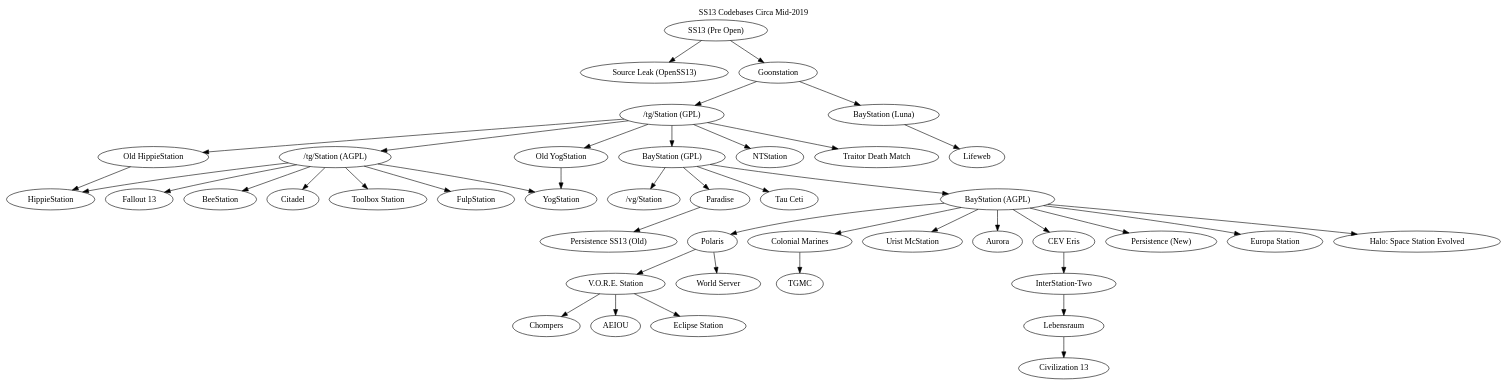
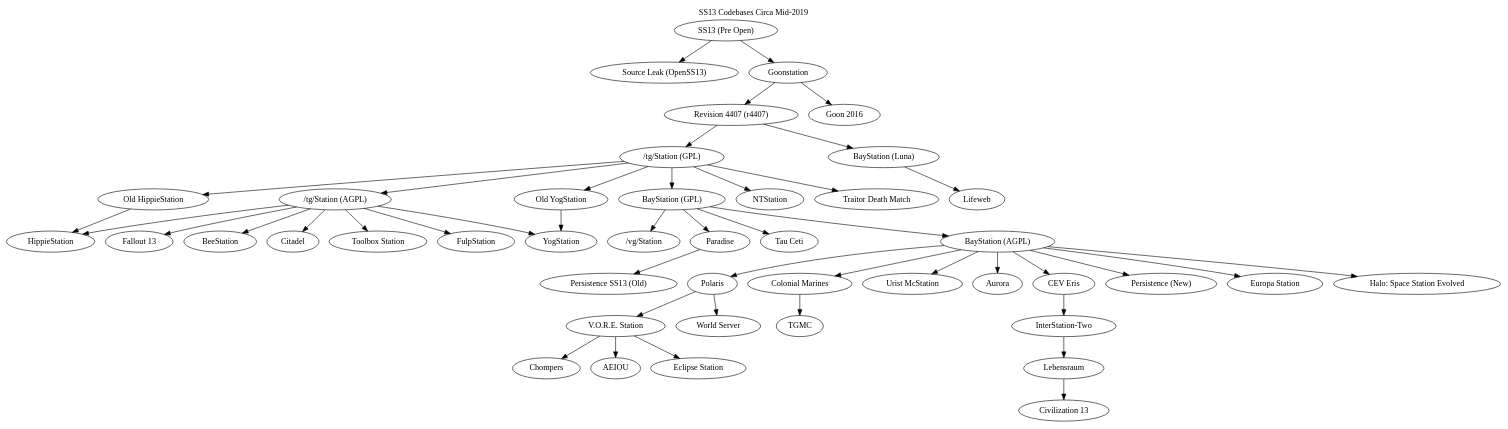
One commit to spacestation13/SS13-Codebases changed the diagram in tree.dot. Above: the diagram before and after it, drawn with Graphviz. The commit also changed 1 other file, not shown here.

Commit message:
r4407 and goon 2016

```diff
--- a/tree.dot
+++ b/tree.dot
@@ -1,46 +1,48 @@
 digraph  G {
 	label = "SS13 Codebases Circa Mid-2019"
 	labelloc="t"
 	"SS13 (Pre Open)" -> "Source Leak (OpenSS13)"
 	"SS13 (Pre Open)" -> "Goonstation"
-	"Goonstation" -> "/tg/Station (GPL)"
-	"Goonstation" -> "BayStation (Luna)"
+	"Goonstation" -> "Revision 4407 (r4407)"
+	"Goonstation" -> "Goon 2016"
+	"Revision 4407 (r4407)" -> "/tg/Station (GPL)"
+	"Revision 4407 (r4407)" -> "BayStation (Luna)"
 	"BayStation (Luna)" -> "Lifeweb" 
 	"/tg/Station (GPL)" -> "/tg/Station (AGPL)"
 	"/tg/Station (GPL)" -> "BayStation (GPL)" 
 	"/tg/Station (GPL)" -> "Old HippieStation"
 	"/tg/Station (GPL)" -> "Old YogStation"
 	"/tg/Station (GPL)" -> "NTStation"
 	"/tg/Station (GPL)" -> "Traitor Death Match"
 	"Old YogStation" -> "YogStation"
 	"Old HippieStation" -> "HippieStation"
 	"/tg/Station (AGPL)" -> "YogStation"
 	"/tg/Station (AGPL)" -> "Fallout 13"
 	"/tg/Station (AGPL)" -> "BeeStation"
 	"/tg/Station (AGPL)" -> "HippieStation"
 	"/tg/Station (AGPL)" -> "Citadel"
 	"/tg/Station (AGPL)" -> "Toolbox Station"
 	"/tg/Station (AGPL)" -> "FulpStation"
 	"BayStation (GPL)" -> "/vg/Station"
 	"BayStation (GPL)" -> "Paradise"
 	"BayStation (GPL)" -> "Tau Ceti"
 	"BayStation (GPL)" -> "BayStation (AGPL)"
 	"Paradise" -> "Persistence SS13 (Old)"
 	"BayStation (AGPL)" -> "Polaris"
 	"BayStation (AGPL)" -> "Colonial Marines"
 	"BayStation (AGPL)" -> "Urist McStation"
 	"BayStation (AGPL)" -> "Aurora"
 	"BayStation (AGPL)" -> "CEV Eris"
 	"BayStation (AGPL)" -> "Persistence (New)"
 	"BayStation (AGPL)" -> "Europa Station"
 	"BayStation (AGPL)" -> "Halo: Space Station Evolved"
 	"CEV Eris" -> "InterStation-Two"
 	"InterStation-Two" -> "Lebensraum"
 	"Lebensraum" -> "Civilization 13"
 	"Colonial Marines" -> "TGMC"
 	"Polaris" -> "V.O.R.E. Station"
 	"Polaris" -> "World Server"
 	"V.O.R.E. Station" -> "Chompers"
 	"V.O.R.E. Station" -> "AEIOU"
 	"V.O.R.E. Station" -> "Eclipse Station" 
 }
```
